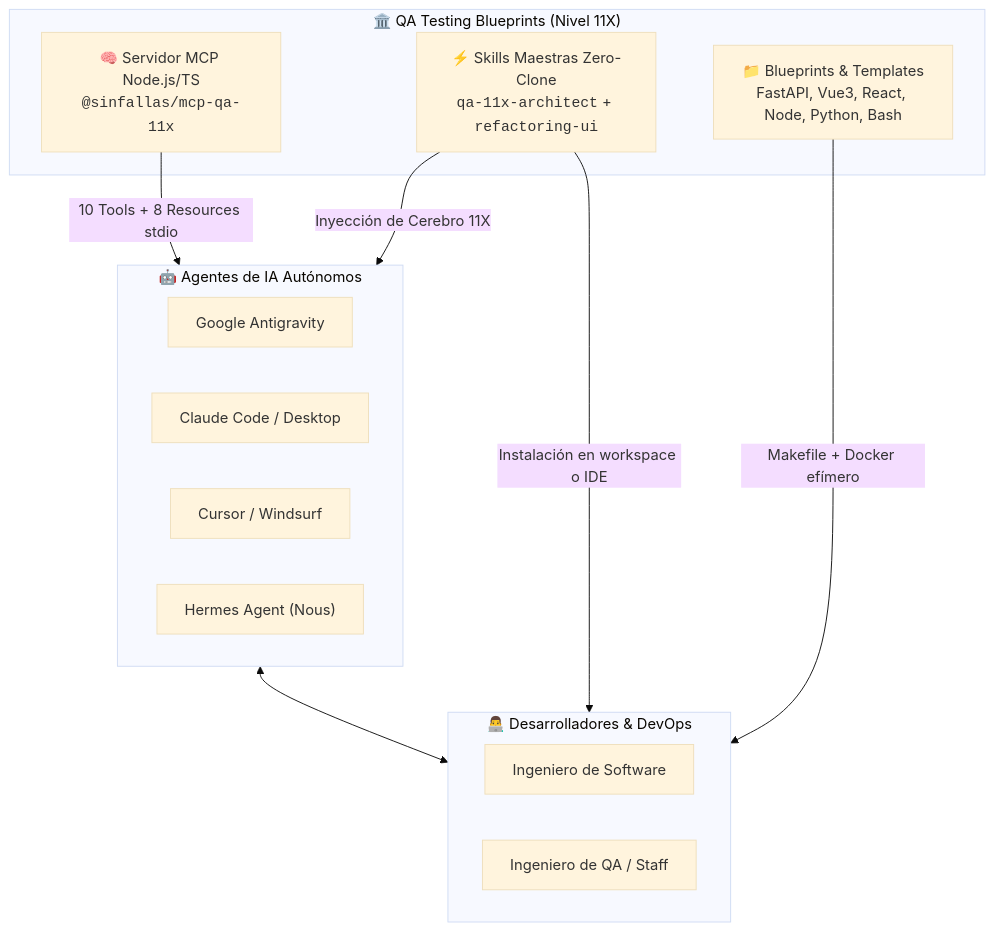
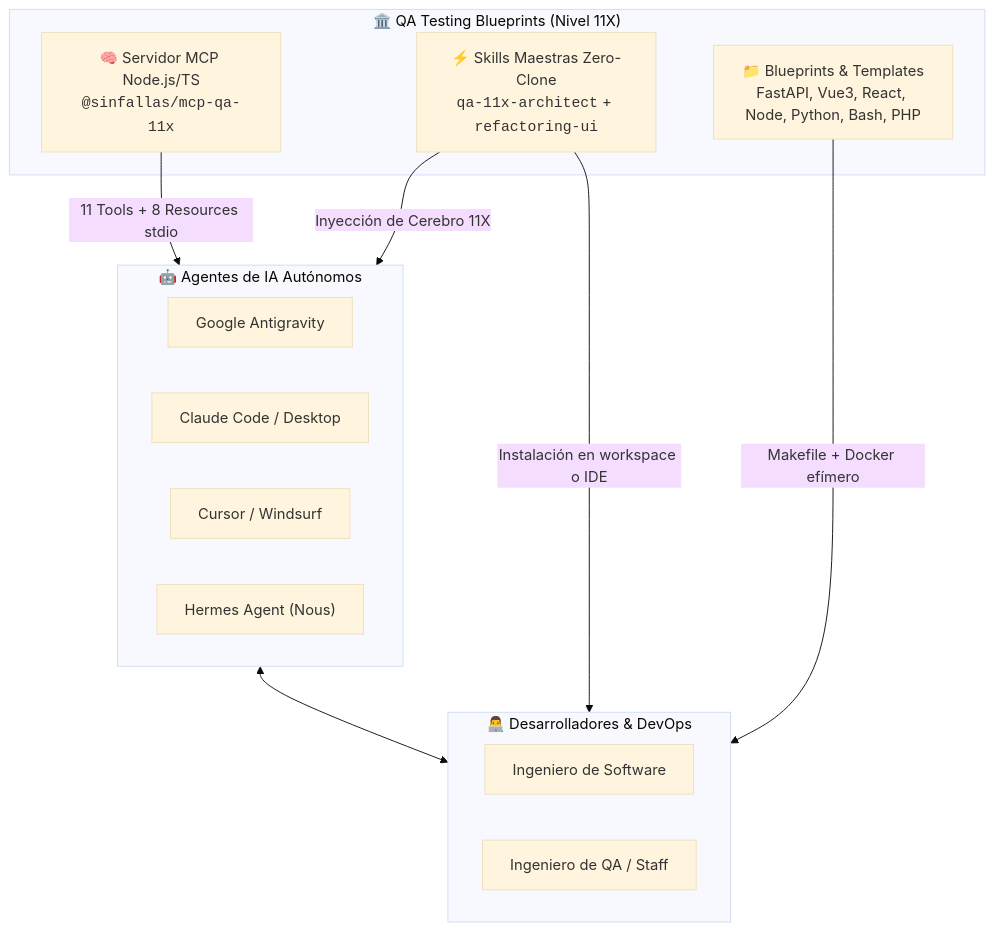
Before and after one commit to tecno-consultores/qa-testing-blueprints: the diagram in README.md, drawn with Mermaid (base theme). The commit also changed other lines of this file and 30 other files, not shown here.

Commit message:
feat(php): incorporar blueprint canónico php 8.1-8.5 y soporte completo en servidor mcp (hito 11)

````diff
--- a/README.md
+++ b/README.md
@@ -88,26 +88,26 @@
 ```mermaid
 flowchart TD
     subgraph Ecosistema["🏛️ QA Testing Blueprints (Nivel 11X)"]
         MCP["🧠 Servidor MCP Node.js/TS<br><code>@sinfallas/mcp-qa-11x</code>"]
         Skills["⚡ Skills Maestras Zero-Clone<br><code>qa-11x-architect</code> + <code>refactoring-ui</code>"]
-        Blueprints["📁 Blueprints & Templates<br>FastAPI, Vue3, React, Node, Python, Bash"]
+        Blueprints["📁 Blueprints & Templates<br>FastAPI, Vue3, React, Node, Python, Bash, PHP"]
     end
 
     subgraph ConsumidoresIA["🤖 Agentes de IA Autónomos"]
         AGY["Google Antigravity"]
         Claude["Claude Code / Desktop"]
         Cursor["Cursor / Windsurf"]
         Hermes["Hermes Agent (Nous)"]
     end
 
     subgraph ConsumidoresHumanos["👨‍💻 Desarrolladores & DevOps"]
         Dev["Ingeniero de Software"]
         QAEng["Ingeniero de QA / Staff"]
     end
 
-    MCP -- "10 Tools + 8 Resources stdio" --> ConsumidoresIA
+    MCP -- "11 Tools + 8 Resources stdio" --> ConsumidoresIA
     Skills -- "Inyección de Cerebro 11X" --> ConsumidoresIA
     Skills -- "Instalación en workspace o IDE" --> ConsumidoresHumanos
     Blueprints -- "Makefile + Docker efímero" --> ConsumidoresHumanos
     ConsumidoresIA <--> ConsumidoresHumanos
 ```
````
